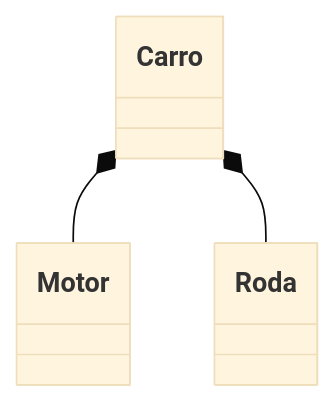
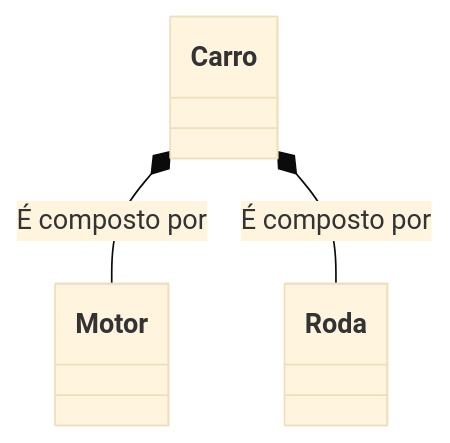
One commit to efojunior/It_NeoCamp_Java changed the second of 10 diagrams in 11.md. Above: the diagram before and after it, drawn with Mermaid (base theme). The commit also changed other lines of this file, not shown here.

````diff
--- a/11.md
+++ b/11.md
@@ -18,5 +18,5 @@
 ```mermaid
 classDiagram
-Carro *-- Motor
-Carro *-- Roda
+Carro *-- Motor : É composto por 
+Carro *-- Roda : É composto por
 ```
````
